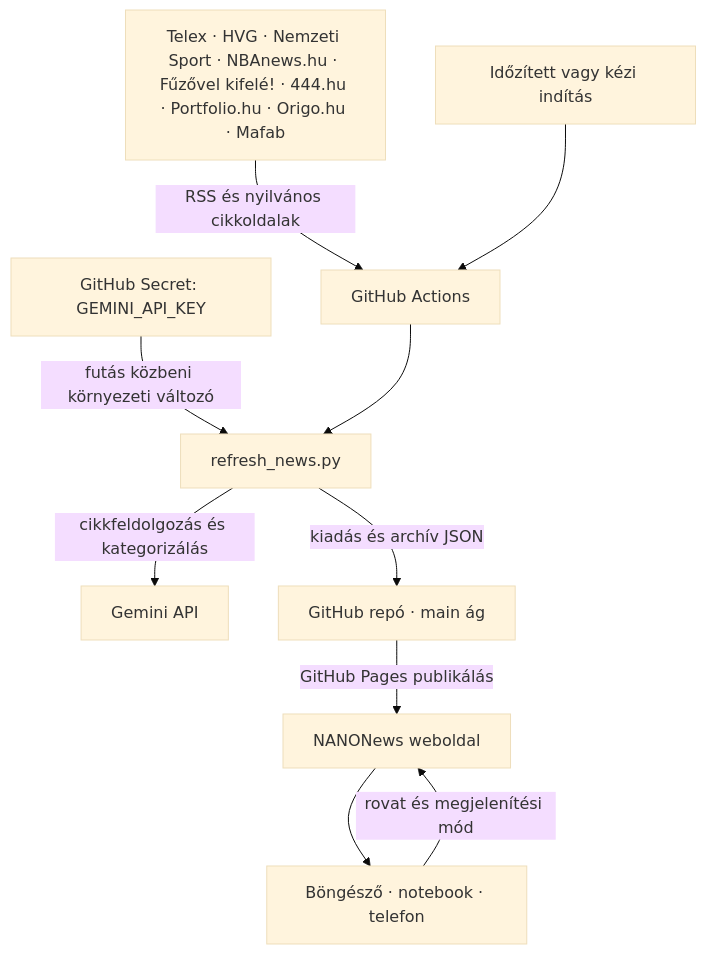
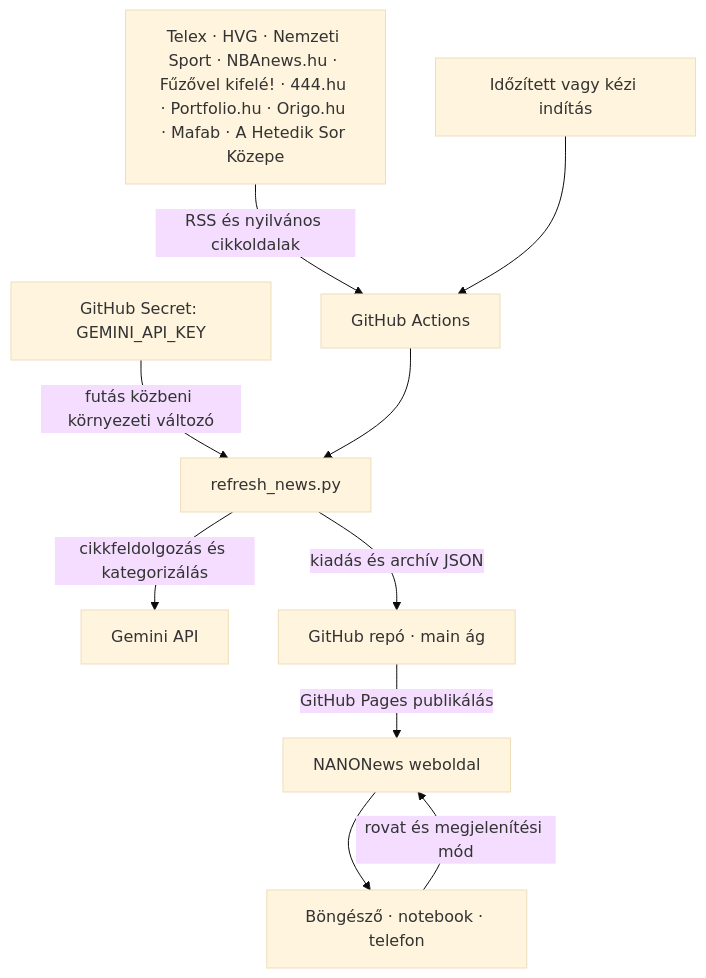
The first of 6 diagrams in Dokumentumok/NANONews-mukodesi-leiras.md (ngynrbrt-prog/nanonews), drawn with Mermaid (base theme) before and after one commit. The commit also changed other lines of this file and 3 other files, not shown here.

Commit message:
Add A Hetedik Sor Közepe film RSS feed

````diff
--- a/Dokumentumok/NANONews-mukodesi-leiras.md
+++ b/Dokumentumok/NANONews-mukodesi-leiras.md
@@ -29,12 +29,12 @@
 ```mermaid
 flowchart TD
-  sources["Telex · HVG · Nemzeti Sport · NBAnews.hu · Fűzővel kifelé! · 444.hu · Portfolio.hu · Origo.hu · Mafab"] -->|RSS és nyilvános cikkoldalak| actions["GitHub Actions"]
+  sources["Telex · HVG · Nemzeti Sport · NBAnews.hu · Fűzővel kifelé! · 444.hu · Portfolio.hu · Origo.hu · Mafab · A Hetedik Sor Közepe"] -->|RSS és nyilvános cikkoldalak| actions["GitHub Actions"]
   schedule["Időzített vagy kézi indítás"] --> actions
   secret["GitHub Secret: GEMINI_API_KEY"] -->|futás közbeni környezeti változó| worker["refresh_news.py"]
   actions --> worker
   worker -->|cikkfeldolgozás és kategorizálás| gemini["Gemini API"]
   worker -->|kiadás és archív JSON| repo["GitHub repó · main ág"]
   repo -->|GitHub Pages publikálás| site["NANONews weboldal"]
   site --> devices["Böngésző · notebook · telefon"]
   devices -->|rovat és megjelenítési mód| site
 ```
````
